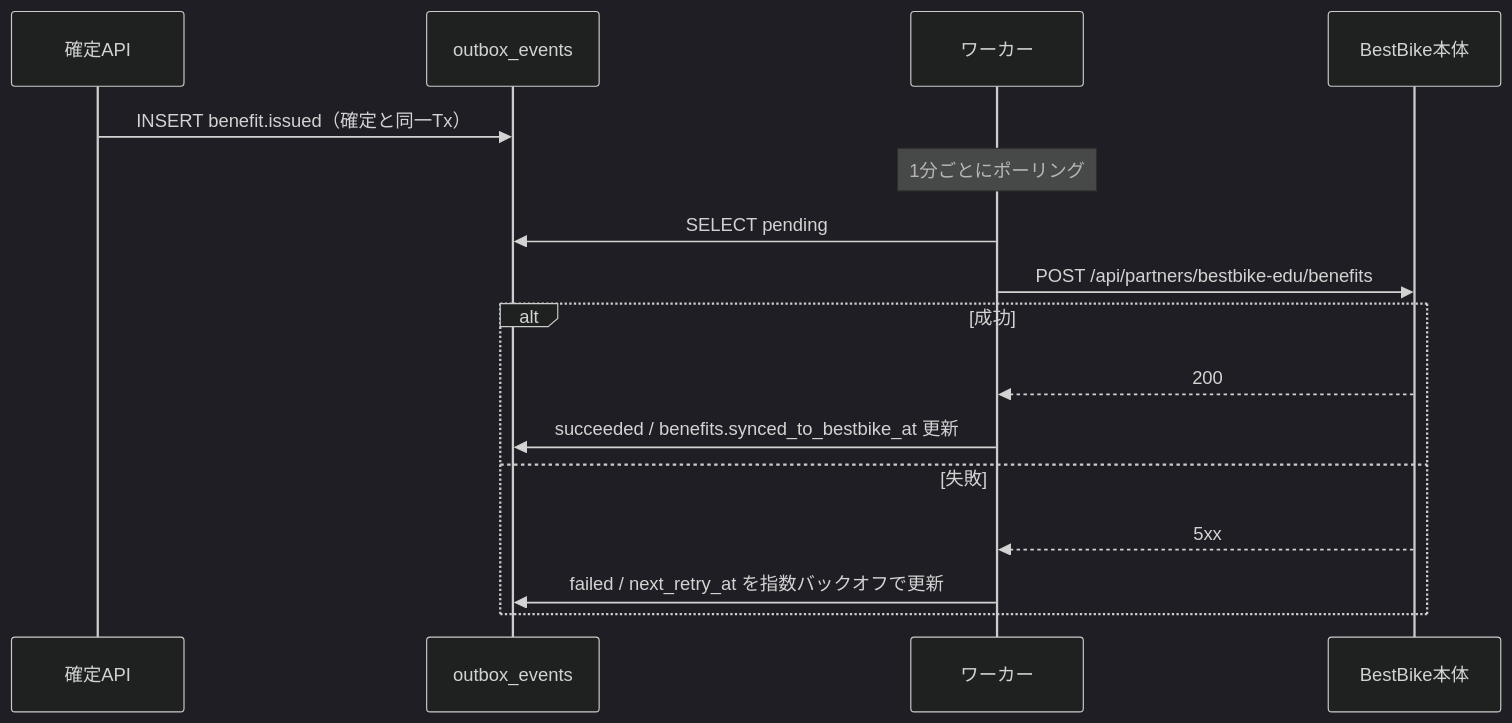
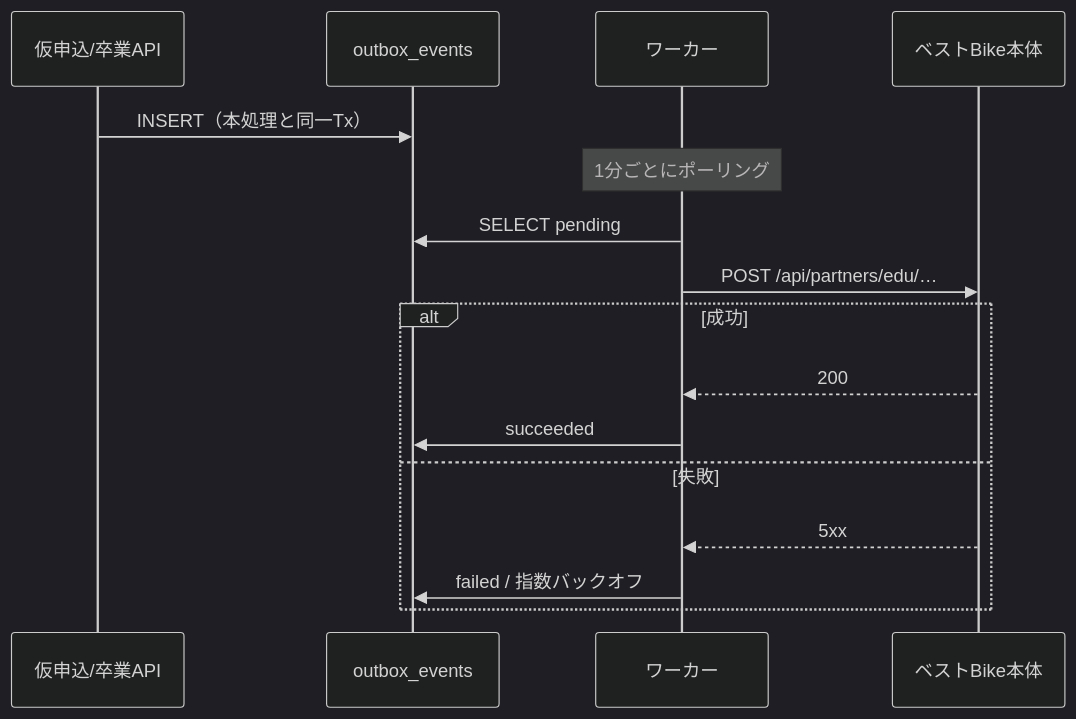
One commit to Sho0922/bestbike_matching- changed the diagram in docs/04_api-spec.md. Above: the diagram before and after it, drawn with Mermaid (dark theme). The commit also changed other lines of this file and 10 other files, not shown here.

````diff
--- a/docs/04_api-spec.md
+++ b/docs/04_api-spec.md
@@ -609,19 +821,19 @@
 ```mermaid
 sequenceDiagram
-  participant API as 確定API
+  participant API as 仮申込/卒業API
   participant DB as outbox_events
   participant W as ワーカー
-  participant BB as BestBike本体
+  participant BB as ベストBike本体
 
-  API->>DB: INSERT benefit.issued（確定と同一Tx）
+  API->>DB: INSERT（本処理と同一Tx）
   Note over W: 1分ごとにポーリング
   W->>DB: SELECT pending
-  W->>BB: POST /api/partners/bestbike-edu/benefits
+  W->>BB: POST /api/partners/edu/…
   alt 成功
     BB-->>W: 200
-    W->>DB: succeeded / benefits.synced_to_bestbike_at 更新
+    W->>DB: succeeded
   else 失敗
     BB-->>W: 5xx
-    W->>DB: failed / next_retry_at を指数バックオフで更新
+    W->>DB: failed / 指数バックオフ
   end
 ```
````
